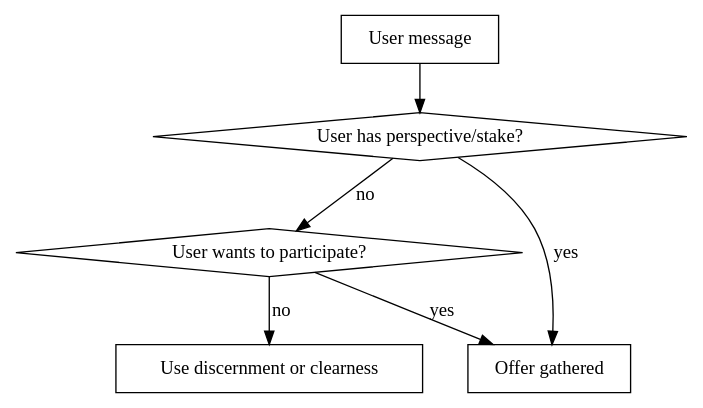
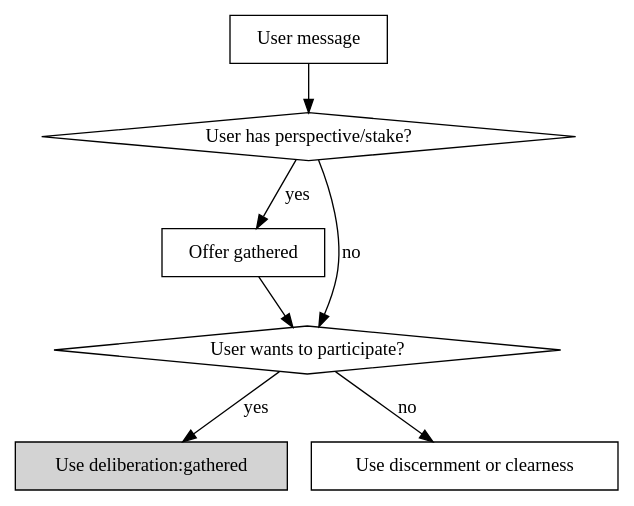
The diagram in skills/gathered/SKILL.md (2389-research/deliberation), drawn with Graphviz before and after one commit. The commit also changed other lines of this file and 5 other files, not shown here.

First line of the commit message:
fix: skill audit — descriptions, dedup, flowchart fixes

````diff
--- a/skills/gathered/SKILL.md
+++ b/skills/gathered/SKILL.md
@@ -16,15 +16,17 @@
 ```dot
 digraph when_gathered {
     "User message" [shape=box];
     "User has perspective/stake?" [shape=diamond];
+    "Offer gathered" [shape=box];
     "User wants to participate?" [shape=diamond];
-    "Offer gathered" [shape=box];
+    "Use deliberation:gathered" [shape=box, style=filled];
     "Use discernment or clearness" [shape=box];
 
     "User message" -> "User has perspective/stake?";
     "User has perspective/stake?" -> "Offer gathered" [label="yes"];
     "User has perspective/stake?" -> "User wants to participate?" [label="no"];
-    "User wants to participate?" -> "Offer gathered" [label="yes"];
+    "Offer gathered" -> "User wants to participate?";
+    "User wants to participate?" -> "Use deliberation:gathered" [label="yes"];
     "User wants to participate?" -> "Use discernment or clearness" [label="no"];
 }
 ```
````
